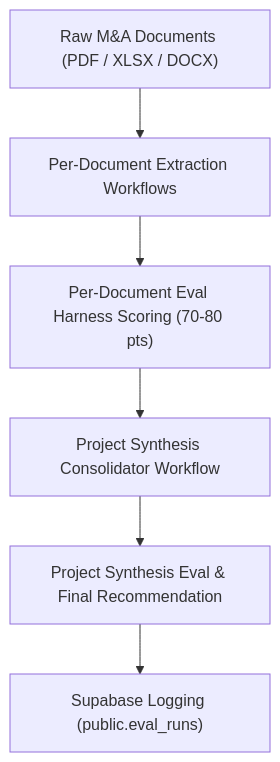
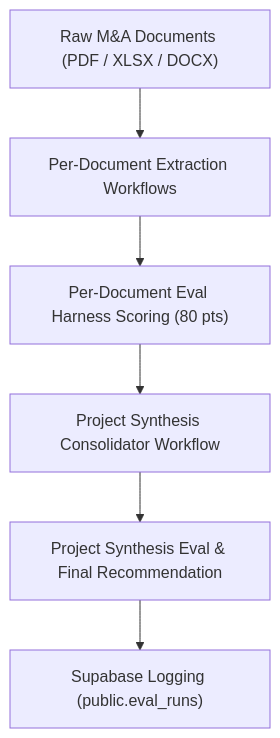
The diagram in EVALS.md (BradshawAsher/dillon-ai), drawn with Mermaid before and after one commit. The commit also changed other lines of this file and 19 other files, not shown here.

Commit message:
fix(ui): enhance benchmark bar visibility, fix open questions navigation, and align eval scoring docs

````diff
--- a/EVALS.md
+++ b/EVALS.md
@@ -23,8 +23,8 @@
 ```mermaid
 graph TD
     A["Raw M&A Documents (PDF / XLSX / DOCX)"] --> B["Per-Document Extraction Workflows"]
-    B --> C["Per-Document Eval Harness Scoring (70-80 pts)"]
+    B --> C["Per-Document Eval Harness Scoring (80 pts)"]
     C --> D["Project Synthesis Consolidator Workflow"]
     D --> E["Project Synthesis Eval & Final Recommendation"]
     E --> F["Supabase Logging (public.eval_runs)"]
 ```
````
